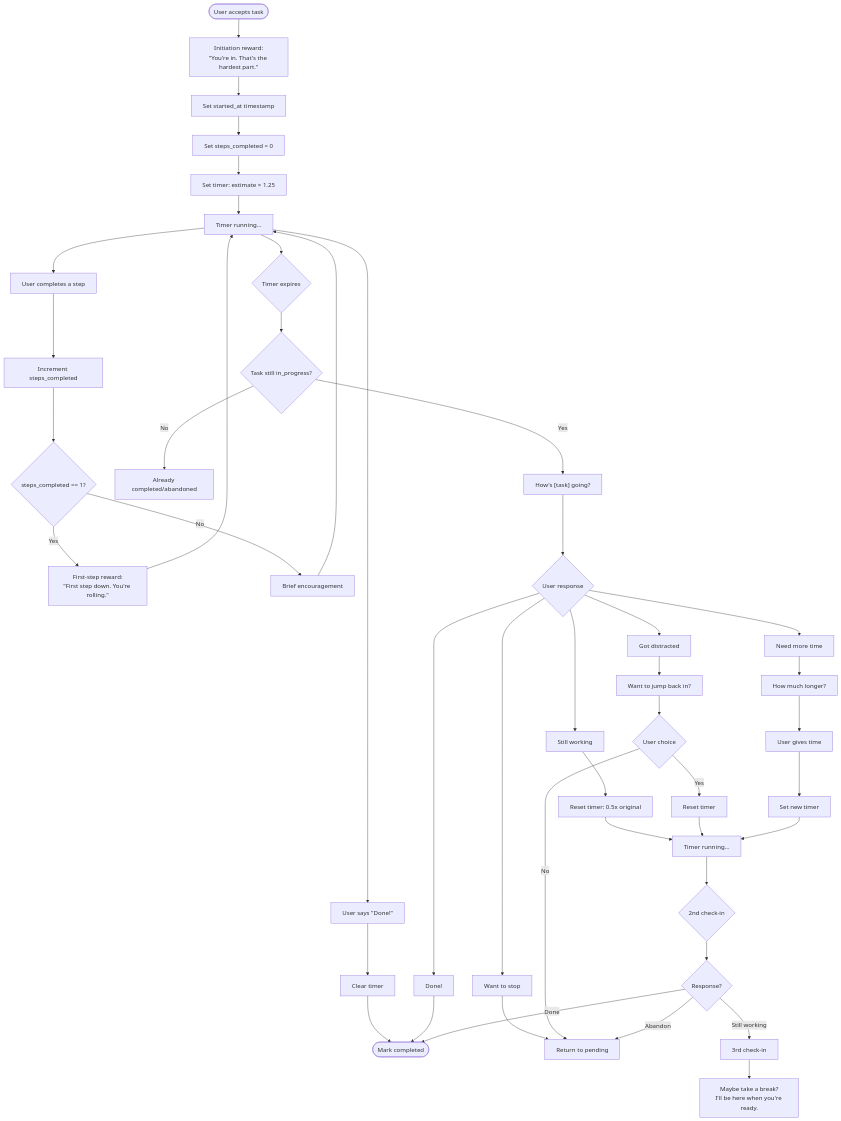
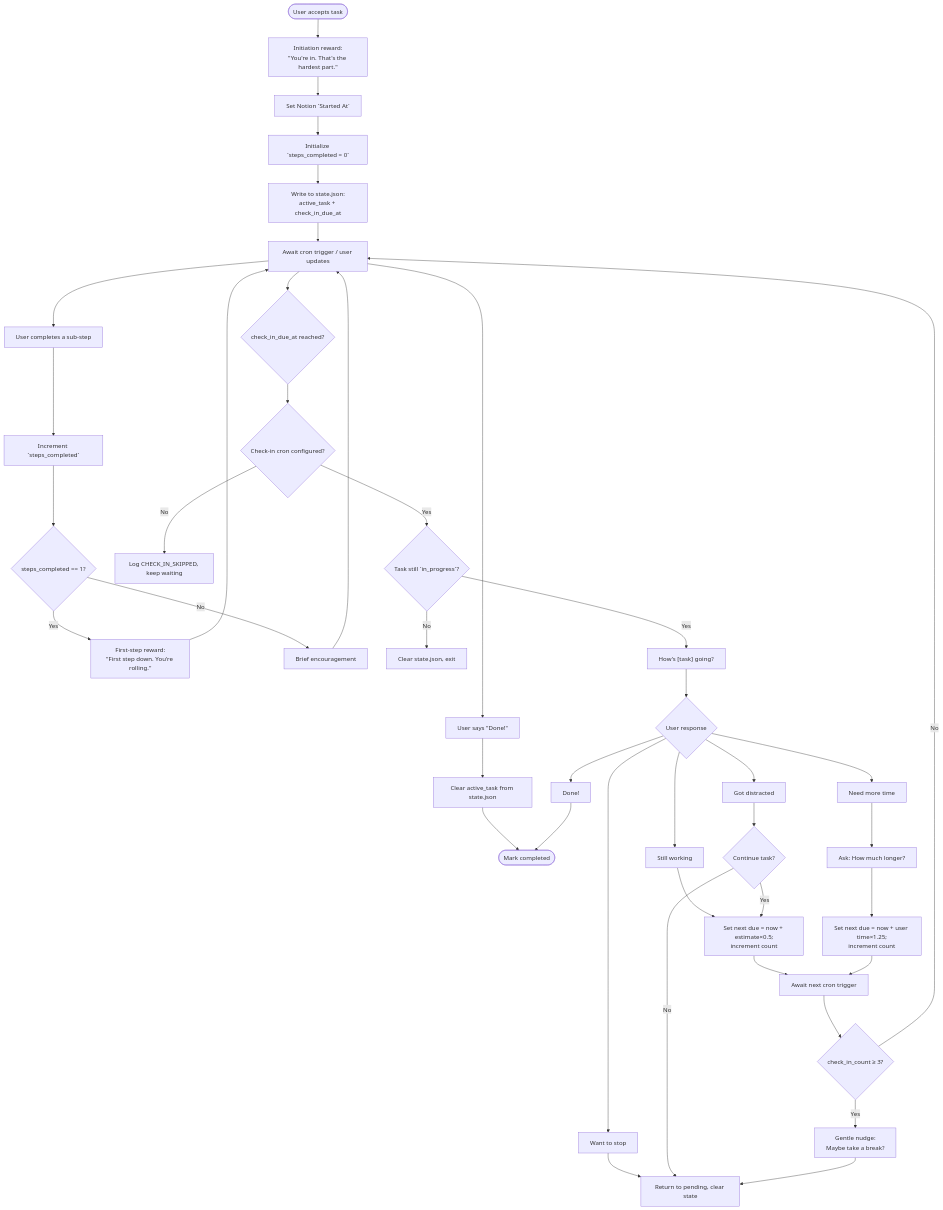
Diagram 16 of 29 in docs/task-lifecycle.md (NickBorgersProbably/hide-my-list), drawn with Mermaid before and after one commit. The commit also changed other lines of this file and 2 other files, not shown here.

Commit message:
Update check-in documentation for OpenClaw runtime

````diff
--- a/docs/task-lifecycle.md
+++ b/docs/task-lifecycle.md
@@ -483,61 +483,54 @@
 ```mermaid
 flowchart TD
     Accept([User accepts task]) --> InitReward["Initiation reward:<br/>#quot;You're in. That's the hardest part.#quot;"]
-    InitReward --> SetStarted[Set started_at timestamp]
-    SetStarted --> InitSteps[Set steps_completed = 0]
-    InitSteps --> SetTimer[Set timer: estimate × 1.25]
-    SetTimer --> Wait[Timer running...]
+    InitReward --> SetStarted[Set Notion `Started At`]
+    SetStarted --> InitSteps[Initialize `steps_completed = 0`]
+    InitSteps --> RecordState[Write to state.json:<br/>active_task + check_in_due_at]
+    RecordState --> Wait[Await cron trigger / user updates]
 
-    Wait --> StepDone[User completes a step]
-    Wait --> TimerFires{Timer expires}
+    Wait --> TimerFires{check_in_due_at reached?}
     Wait --> UserDone["User says #quot;Done!#quot;"]
+    Wait --> StepDone[User completes a sub-step]
 
-    StepDone --> IncrSteps[Increment steps_completed]
+    StepDone --> IncrSteps[Increment `steps_completed`]
     IncrSteps --> IsFirst{steps_completed == 1?}
     IsFirst -->|Yes| FirstReward["First-step reward:<br/>#quot;First step down. You're rolling.#quot;"]
     IsFirst -->|No| Brief[Brief encouragement]
     FirstReward --> Wait
     Brief --> Wait
 
-    UserDone --> ClearTimer[Clear timer]
-    ClearTimer --> Complete([Mark completed])
+    UserDone --> ClearState[Clear active_task from state.json]
+    ClearState --> Complete([Mark completed])
 
-    TimerFires --> CheckStatus{Task still in_progress?}
+    TimerFires --> CheckConfigured{Check-in cron configured?}
+    CheckConfigured -->|No| Skip[Log CHECK_IN_SKIPPED, keep waiting]
+    CheckConfigured -->|Yes| ConfirmStatus{Task still `in_progress`?}
 
-    CheckStatus -->|No| Skip[Already completed/abandoned]
-    CheckStatus -->|Yes| AskUser["How's [task] going?"]
+    ConfirmStatus -->|No| Cleanup[Clear state.json, exit]
+    ConfirmStatus -->|Yes| AskUser["How's [task] going?"]
 
     AskUser --> Response{User response}
 
     Response --> Done["Done!"]
     Response --> Working["Still working"]
     Response --> Distracted["Got distracted"]
     Response --> NeedMore["Need more time"]
     Response --> Abandon["Want to stop"]
 
     Done --> Complete
-    Working --> ResetTimer1[Reset timer: 0.5x original]
-    Distracted --> Nudge["Want to jump back in?"]
-    NeedMore --> AskHow["How much longer?"]
-    Abandon --> ReturnQueue[Return to pending]
+    Working --> ResetHalf[Set next due = now + estimate×0.5;<br/>increment count]
+    Distracted --> Decide{Continue task?}
+    NeedMore --> AskHow["Ask: How much longer?"]
+    Abandon --> ReturnQueue[Return to pending, clear state]
 
-    ResetTimer1 --> Wait2[Timer running...]
-    Nudge --> Response2{User choice}
-    AskHow --> NewTime[User gives time]
+    Decide -->|Yes| ResetHalf
+    Decide -->|No| ReturnQueue
 
-    Response2 -->|Yes| ResetTimer2[Reset timer]
-    Response2 -->|No| ReturnQueue
+    AskHow --> UpdateDue[Set next due = now + user time×1.25;<br/>increment count]
+    ResetHalf --> Wait2[Await next cron trigger]
+    UpdateDue --> Wait2
 
-    NewTime --> ResetTimer3[Set new timer]
-    ResetTimer2 --> Wait2
-    ResetTimer3 --> Wait2
-
-    Wait2 --> CheckIn2{2nd check-in}
-    CheckIn2 --> FinalResponse{Response?}
-
-    FinalResponse -->|Done| Complete
-    FinalResponse -->|Still working| CheckIn3[3rd check-in]
-    FinalResponse -->|Abandon| ReturnQueue
-
-    CheckIn3 --> Gentle["Maybe take a break?<br/>I'll be here when you're ready."]
+    Wait2 --> CheckCount{check_in_count ≥ 3?}
+    CheckCount -->|Yes| Gentle["Gentle nudge:<br/>Maybe take a break?"] --> ReturnQueue
+    CheckCount -->|No| Wait
 ```
````
